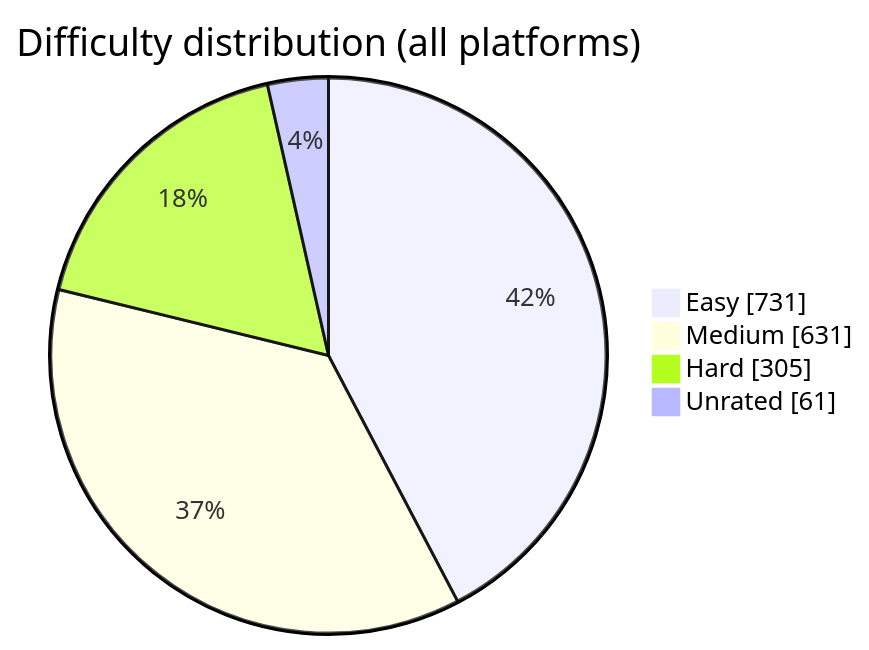
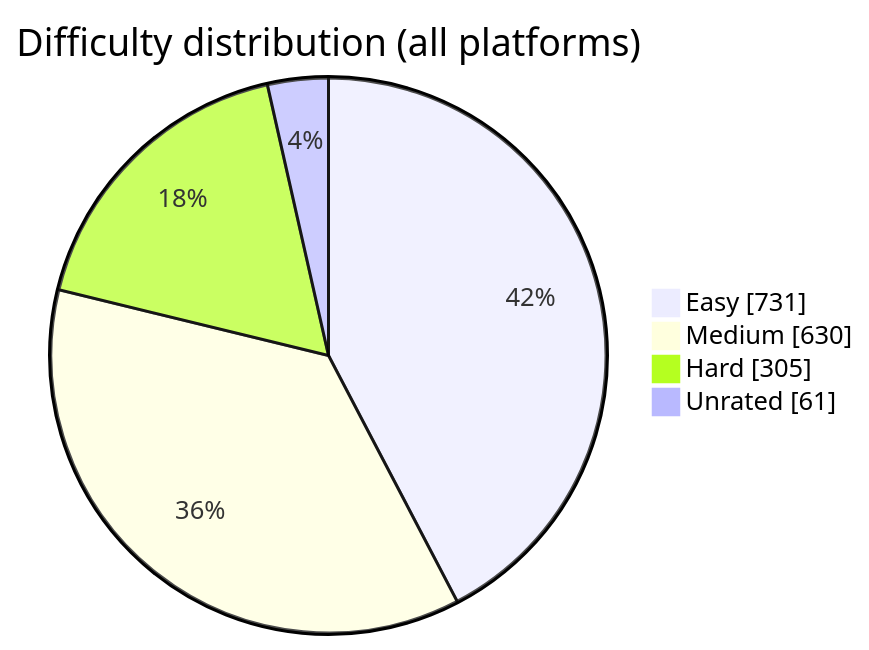
The diagram in README.md (BuildbyArindam/Daily-Coding-Log), drawn with Mermaid before and after one commit. The commit also changed other lines of this file, not shown here.

````diff
--- a/README.md
+++ b/README.md
@@ -93,7 +93,7 @@
 ```mermaid
 pie showData title Difficulty distribution (all platforms)
     "Easy" : 731
-    "Medium" : 631
+    "Medium" : 630
     "Hard" : 305
     "Unrated" : 61
 ```
````
